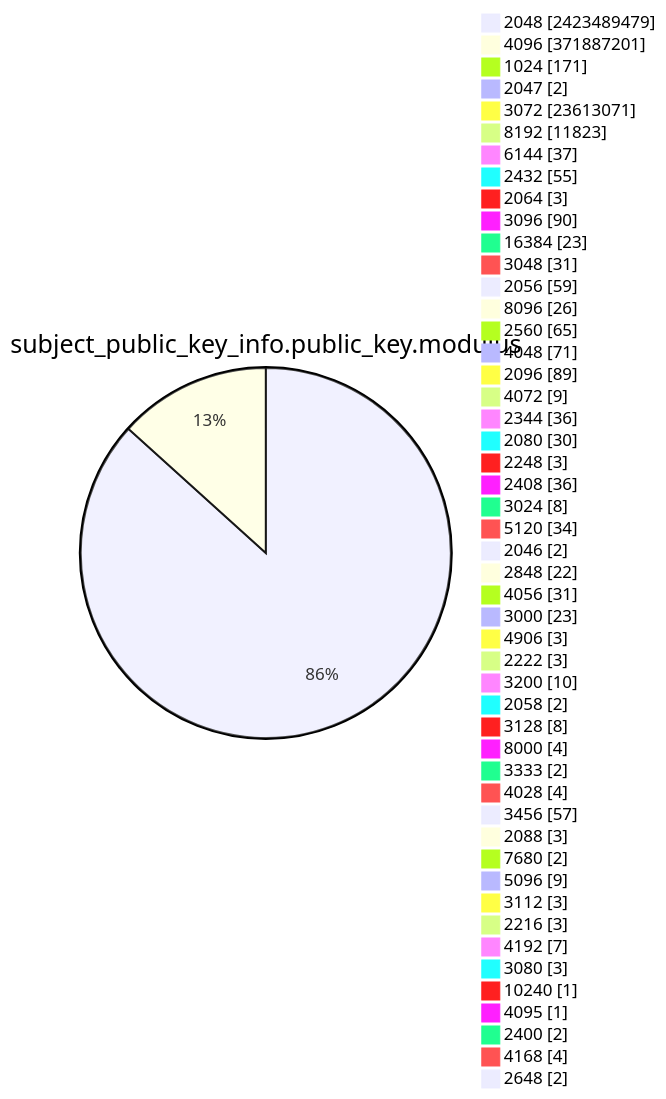
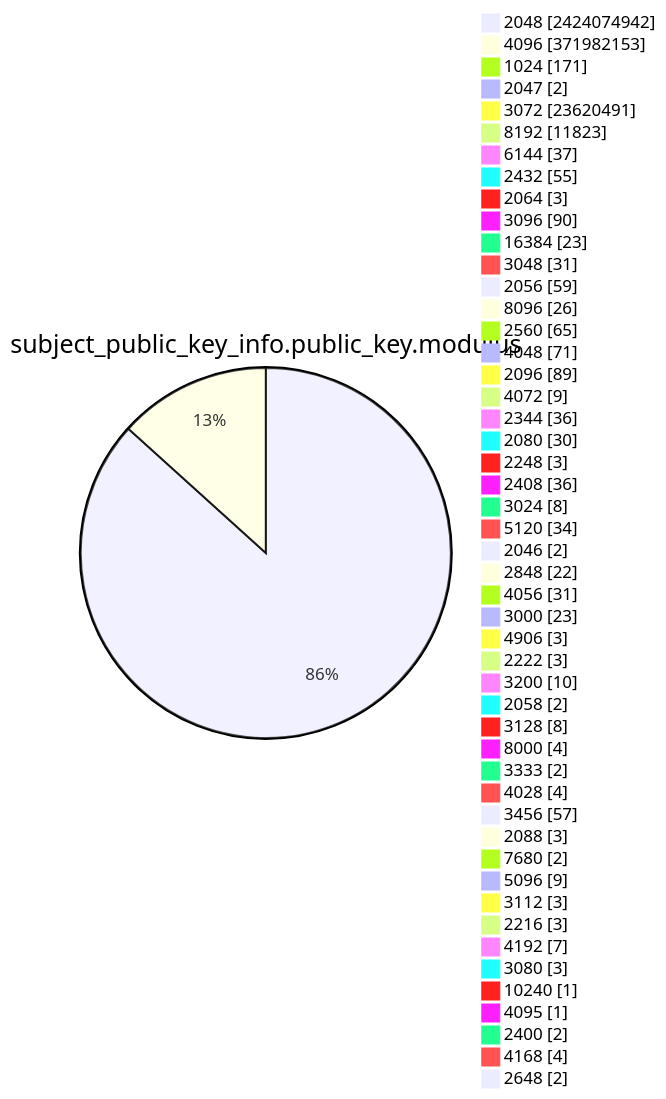
One commit to christiankrug/ctmonitor_visualization changed diagram 13 of 15 in TOTAL/README.md. Above: the diagram before and after it, drawn with Mermaid. The commit also changed other lines of this file, not shown here.

````diff
--- a/TOTAL/README.md
+++ b/TOTAL/README.md
@@ -4168,53 +4168,53 @@
 ```mermaid
 pie showData
 title subject_public_key_info.public_key.modulus
-"2048" :2423489479
-"4096" :371887201
+"2048" :2424074942
+"4096" :371982153
 "1024" :171
 "2047" :2
-"3072" :23613071
+"3072" :23620491
 "8192" :11823
 "6144" :37
 "2432" :55
 "2064" :3
 "3096" :90
 "16384" :23
 "3048" :31
 "2056" :59
 "8096" :26
 "2560" :65
 "4048" :71
 "2096" :89
 "4072" :9
 "2344" :36
 "2080" :30
 "2248" :3
 "2408" :36
 "3024" :8
 "5120" :34
 "2046" :2
 "2848" :22
 "4056" :31
 "3000" :23
 "4906" :3
 "2222" :3
 "3200" :10
 "2058" :2
 "3128" :8
 "8000" :4
 "3333" :2
 "4028" :4
 "3456" :57
 "2088" :3
 "7680" :2
 "5096" :9
 "3112" :3
 "2216" :3
 "4192" :7
 "3080" :3
 "10240" :1
 "4095" :1
 "2400" :2
 "4168" :4
 "2648" :2
 ```
````
